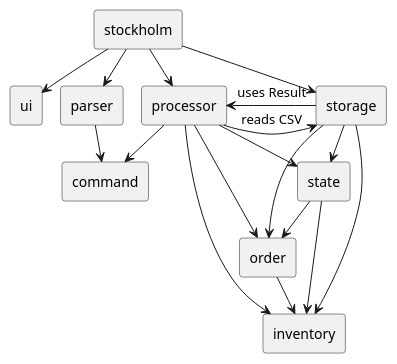
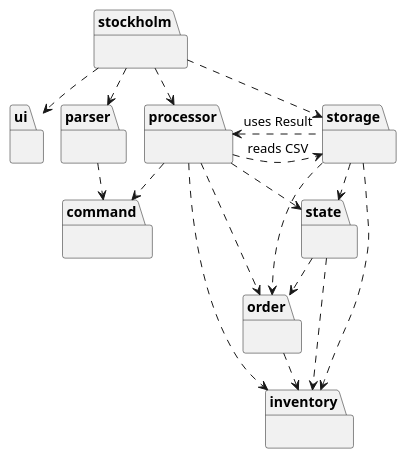
One commit to AY2627S1-CS2113-W14-4/tp changed the diagram in docs/diagrams/CouplingDiagram.puml. Above: the diagram before and after it, drawn with PlantUML. The commit also changed 1 other file, not shown here.

Commit message:
Draw package dependencies with UML package notation

```diff
--- a/docs/diagrams/CouplingDiagram.puml
+++ b/docs/diagrams/CouplingDiagram.puml
@@ -1,35 +1,41 @@
 @startuml
 !pragma layout smetana
-skinparam rectangle {
-    RoundCorner 6
+
+' Selected package dependencies. Exception dependencies are omitted.
+package stockholm as main {
+}
+package ui {
+}
+package parser {
+}
+package processor {
+}
+package storage {
+}
+package command {
+}
+package state {
+}
+package order {
+}
+package inventory {
 }
 
-' Selected package dependencies. Exception dependencies are omitted.
-rectangle stockholm as main
-rectangle ui
-rectangle parser
-rectangle processor
-rectangle storage
-rectangle command
-rectangle state
-rectangle order
-rectangle inventory
-
-main -down-> ui
-main -down-> parser
-main -down-> processor
-main -down-> storage
-parser -down-> command
-processor -down-> command
-processor -down-> state
-processor -down-> order
-processor -down-> inventory
-processor -right-> storage : reads CSV
-storage -left-> processor : uses Result
-storage -down-> state
-storage -down-> order
-storage -down-> inventory
-state -down-> order
-state -down-> inventory
-order -down-> inventory
+main .down.> ui
+main .down.> parser
+main .down.> processor
+main .down.> storage
+parser .down.> command
+processor .down.> command
+processor .down.> state
+processor .down.> order
+processor .down.> inventory
+processor .right.> storage : reads CSV
+storage .left.> processor : uses Result
+storage .down.> state
+storage .down.> order
+storage .down.> inventory
+state .down.> order
+state .down.> inventory
+order .down.> inventory
 @enduml
```
